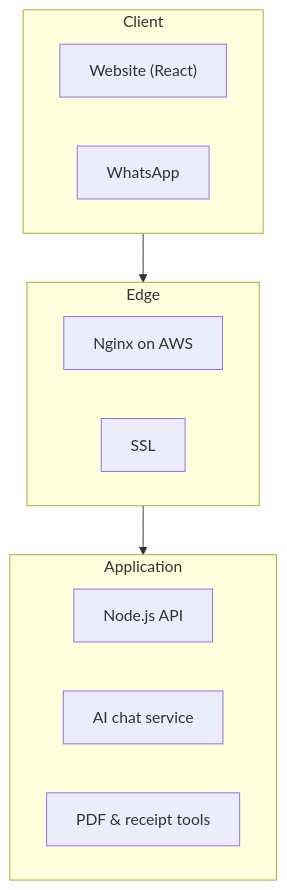
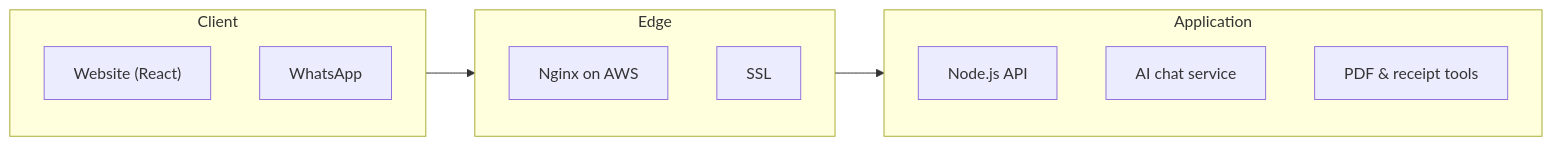
One commit to shairalidev/grand-hotel-selinunte-showcase changed the diagram in README.md. Above: the diagram before and after it, drawn with Mermaid.

Commit message:
Architecture diagram: left-to-right layout
Claude-Session: https://claude.ai/code/session_01PoyhmCFhQ1BNX9uNRam8No

````diff
--- a/README.md
+++ b/README.md
@@ -65,21 +65,21 @@
 ```mermaid
-flowchart TB
+flowchart LR
   subgraph L0["Client"]
-    direction LR
+    direction TB
     L0_0["Website (React)"]
     L0_1["WhatsApp"]
   end
   subgraph L1["Edge"]
-    direction LR
+    direction TB
     L1_0["Nginx on AWS"]
     L1_1["SSL"]
   end
   subgraph L2["Application"]
-    direction LR
+    direction TB
     L2_0["Node.js API"]
     L2_1["AI chat service"]
     L2_2["PDF & receipt tools"]
   end
   L0 --> L1
   L1 --> L2
 ```
````
